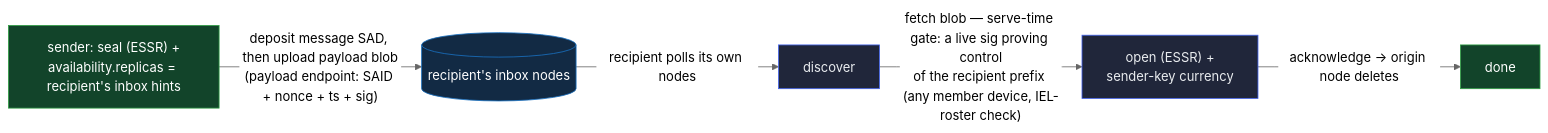
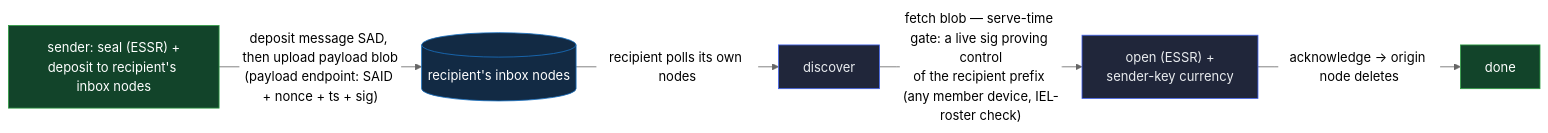
Before and after one commit to jasoncolburne/vdti: the second of 2 diagrams in docs/design/features/exchange.md, drawn with Mermaid (neutral theme). The commit also changed other lines of this file and 19 other files, not shown here.

````diff
--- a/docs/design/features/exchange.md
+++ b/docs/design/features/exchange.md
@@ -220,12 +222,12 @@
 ```mermaid
 flowchart LR
-  send["sender: seal (ESSR) +<br/>availability.replicas = recipient's inbox hints"]:::der
+  send["sender: seal (ESSR) +<br/>deposit to recipient's inbox nodes"]:::der
   send -->|"deposit message SAD, then upload payload blob<br/>(payload endpoint: SAID + nonce + ts + sig)"| store[("recipient's inbox nodes")]:::store
   store -->|"recipient polls its own nodes"| disc["discover"]:::dee
   disc -->|"fetch blob — serve-time gate: a live sig proving control<br/>of the recipient prefix (any member device, IEL-roster check)"| open["open (ESSR) +<br/>sender-key currency"]:::dee
   open -->|"acknowledge → origin node deletes"| done["done"]:::good
   classDef der fill:#12442a,stroke:#2f9e44,color:#fff
   classDef store fill:#122a44,stroke:#1971c2,color:#fff
   classDef dee fill:#20263a,stroke:#4263eb,color:#e9ecef
   classDef good fill:#12442a,stroke:#2f9e44,color:#fff
 ```
````
